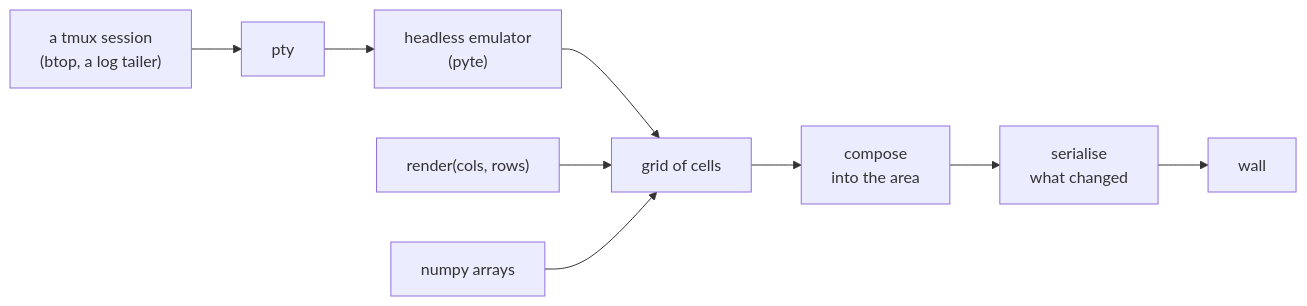
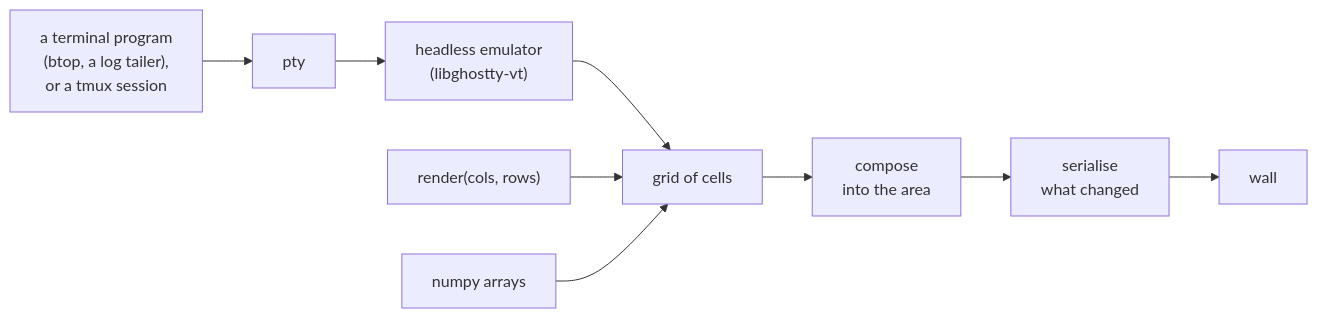
One commit to Iamrodos/bitwall changed the fourth of 4 diagrams in README.md. Above: the diagram before and after it, drawn with Mermaid. The commit also changed other lines of this file and 10 other files, not shown here.

First line of the commit message:
Sources: terminal programs read through libghostty-vt, with or without tmux

````diff
--- a/README.md
+++ b/README.md
@@ -600,7 +604,7 @@
 ```mermaid
 flowchart LR
-    tmux["a tmux session<br/>(btop, a log tailer)"] --> pty --> pyte["headless emulator<br/>(pyte)"] --> grid
+    prog["a terminal program<br/>(btop, a log tailer),<br/>or a tmux session"] --> pty --> vt["headless emulator<br/>(libghostty-vt)"] --> grid
     py["render(cols, rows)"] --> grid
     np["numpy arrays"] --> grid
     grid["grid of cells"] --> compose["compose<br/>into the area"] --> serialise["serialise<br/>what changed"] --> wall
 ```
````
